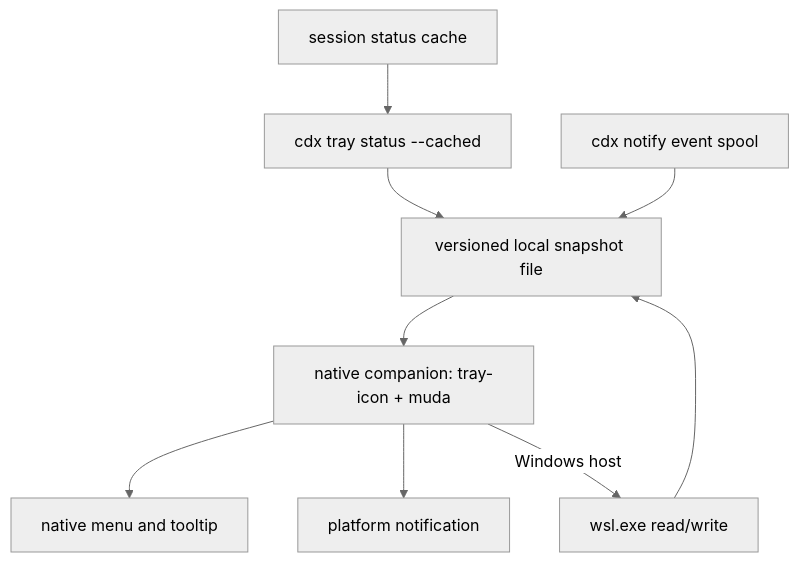
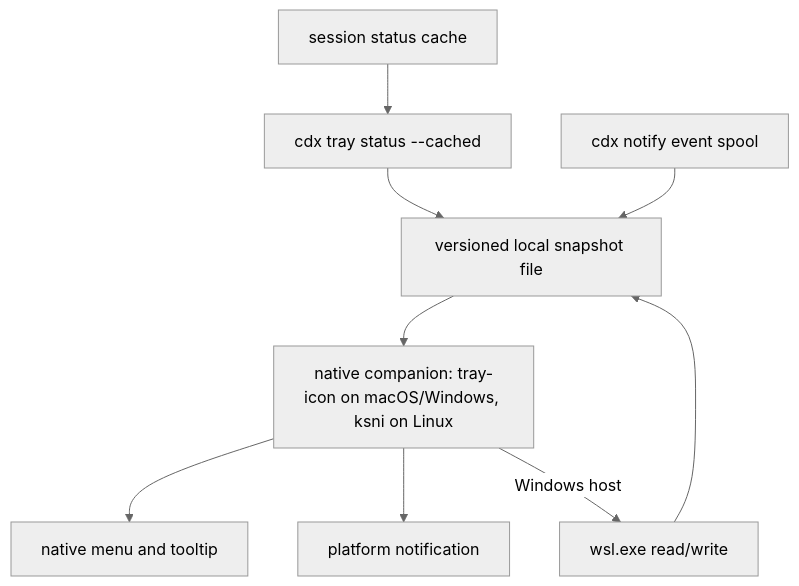
Before and after one commit to AlexAgo83/cdx-manager: the diagram in logics/architecture/adr_005_cdx_tray_runtime_and_companion_transport_boundary.md, drawn with Mermaid (neutral theme). The commit also changed other lines of this file and 2 other files, not shown here.

Commit message:
docs(logics): settle the macOS template menu bar icon and its asset spec

````diff
--- a/logics/architecture/adr_005_cdx_tray_runtime_and_companion_transport_boundary.md
+++ b/logics/architecture/adr_005_cdx_tray_runtime_and_companion_transport_boundary.md
@@ -32,11 +33,11 @@
 ```mermaid
 flowchart TD
     Cache[session status cache] --> Cdx[cdx tray status --cached]
     Cdx --> Snapshot[versioned local snapshot file]
     Spool[cdx notify event spool] --> Snapshot
-    Snapshot --> Native[native companion: tray-icon + muda]
+    Snapshot --> Native[native companion: tray-icon on macOS/Windows, ksni on Linux]
     Native --> Menu[native menu and tooltip]
     Native --> Toast[platform notification]
     Native -->|Windows host| Interop[wsl.exe read/write]
     Interop --> Snapshot
 ```
````
